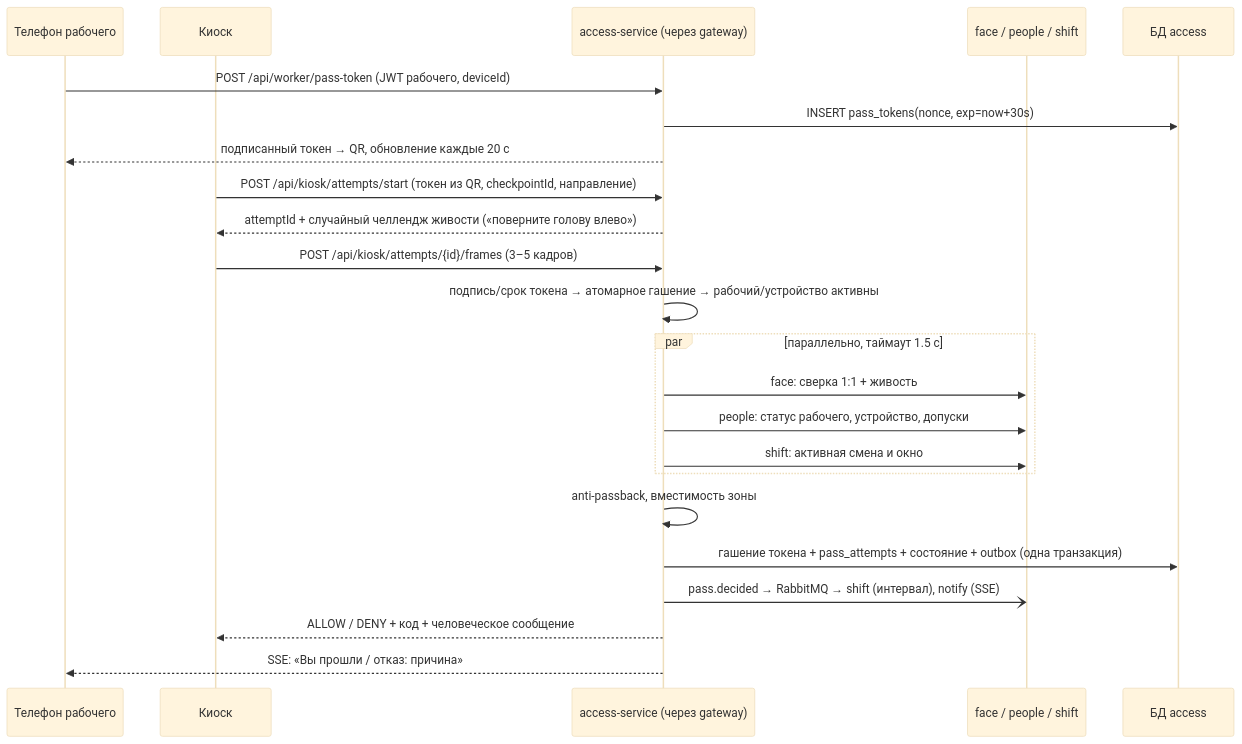
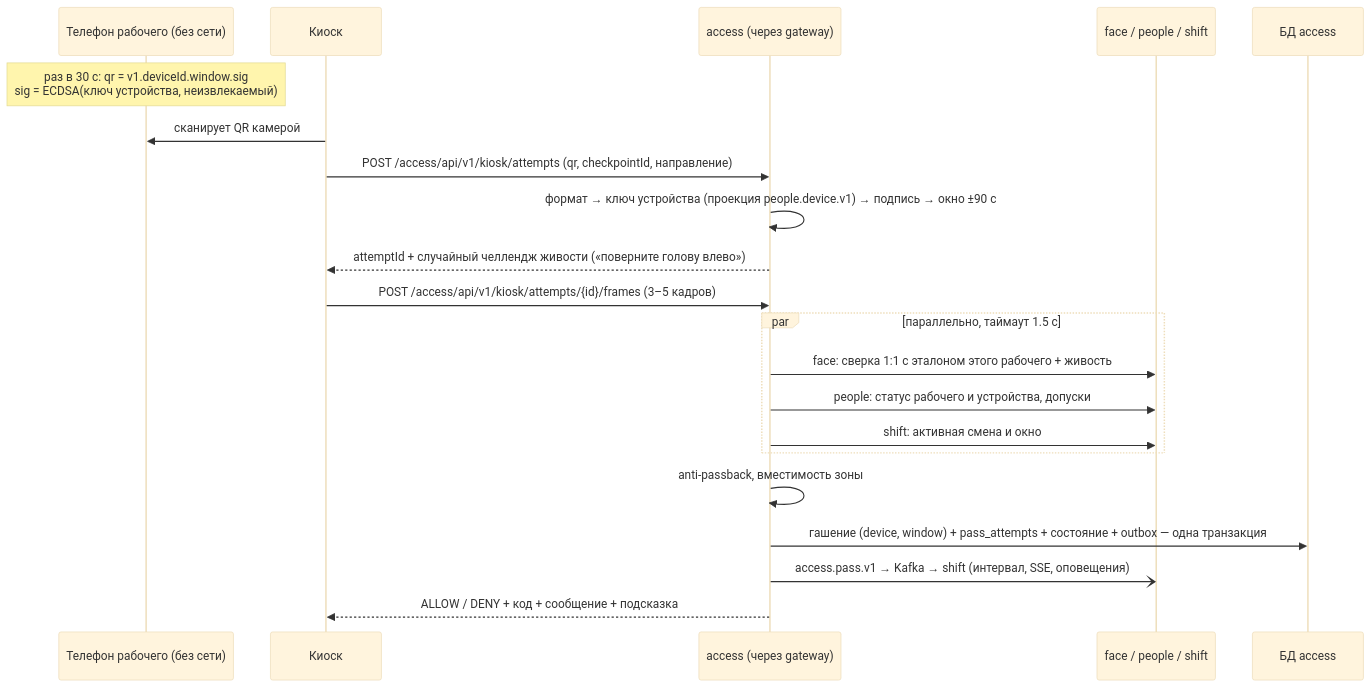
Before and after one commit to Digital-Hustle/sber-hack: the second of 3 diagrams in proxodnaya/docs/ARCHITECTURE.md, drawn with Mermaid (base theme). The commit also changed other lines of this file and 23 other files, not shown here.

Commit message:
feat(proxodnaya): Kafka, Python face, офлайн-QR, Gradle/Liquibase/jOOQ, 6 сервисов (ADR-020..030)

````diff
--- a/proxodnaya/docs/ARCHITECTURE.md
+++ b/proxodnaya/docs/ARCHITECTURE.md
@@ -66,25 +66,23 @@
 ```mermaid
 sequenceDiagram
-  participant W as Телефон рабочего
+  participant W as Телефон рабочего (без сети)
   participant K as Киоск
-  participant B as access-service (через gateway)
+  participant B as access (через gateway)
   participant F as face / people / shift
   participant DB as БД access
-  W->>B: POST /api/worker/pass-token (JWT рабочего, deviceId)
-  B->>DB: INSERT pass_tokens(nonce, exp=now+30s)
-  B-->>W: подписанный токен → QR, обновление каждые 20 с
-  K->>B: POST /api/kiosk/attempts/start (токен из QR, checkpointId, направление)
+  Note over W: раз в 30 с: qr = v1.deviceId.window.sig<br/>sig = ECDSA(ключ устройства, неизвлекаемый)
+  K->>W: сканирует QR камерой
+  K->>B: POST /access/api/v1/kiosk/attempts (qr, checkpointId, направление)
+  B->>B: формат → ключ устройства (проекция people.device.v1) → подпись → окно ±90 с
   B-->>K: attemptId + случайный челлендж живости («поверните голову влево»)
-  K->>B: POST /api/kiosk/attempts/{id}/frames (3–5 кадров)
-  B->>B: подпись/срок токена → атомарное гашение → рабочий/устройство активны
+  K->>B: POST /access/api/v1/kiosk/attempts/{id}/frames (3–5 кадров)
   par параллельно, таймаут 1.5 с
-    B->>F: face: сверка 1:1 + живость
-    B->>F: people: статус рабочего, устройство, допуски
+    B->>F: face: сверка 1:1 с эталоном этого рабочего + живость
+    B->>F: people: статус рабочего и устройства, допуски
     B->>F: shift: активная смена и окно
   end
   B->>B: anti-passback, вместимость зоны
-  B->>DB: гашение токена + pass_attempts + состояние + outbox (одна транзакция)
-  B-)F: pass.decided → RabbitMQ → shift (интервал), notify (SSE)
-  B-->>K: ALLOW / DENY + код + человеческое сообщение
-  B-->>W: SSE: «Вы прошли / отказ: причина»
+  B->>DB: гашение (device, window) + pass_attempts + состояние + outbox — одна транзакция
+  B-)F: access.pass.v1 → Kafka → shift (интервал, SSE, оповещения)
+  B-->>K: ALLOW / DENY + код + сообщение + подсказка
 ```
````
